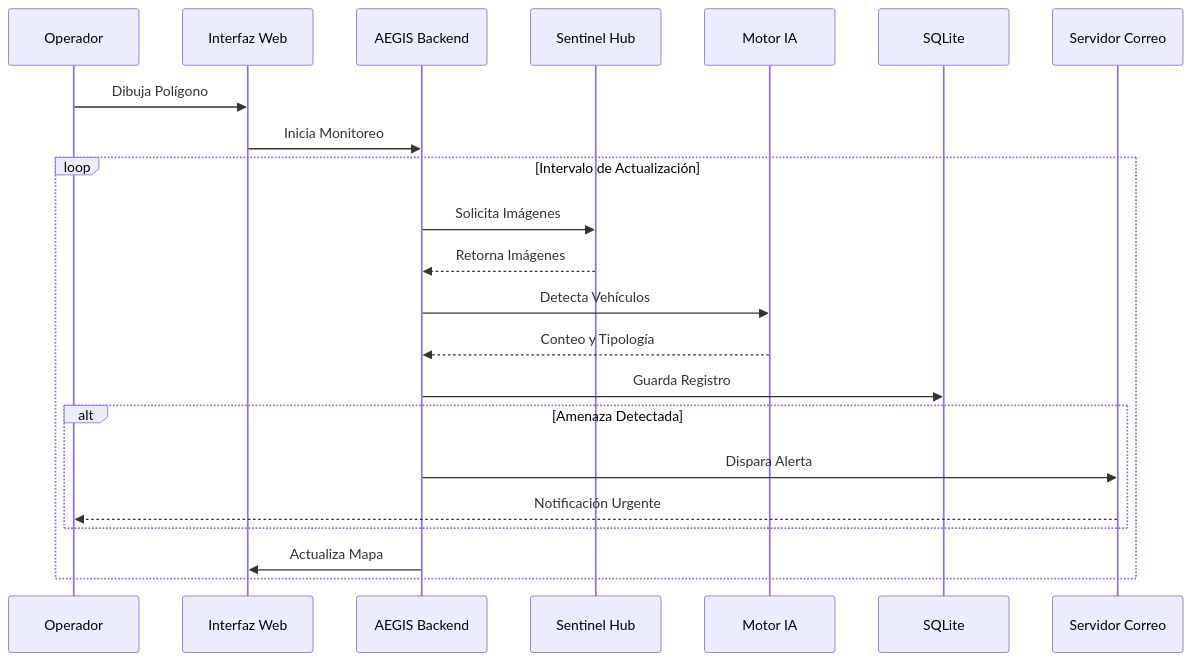
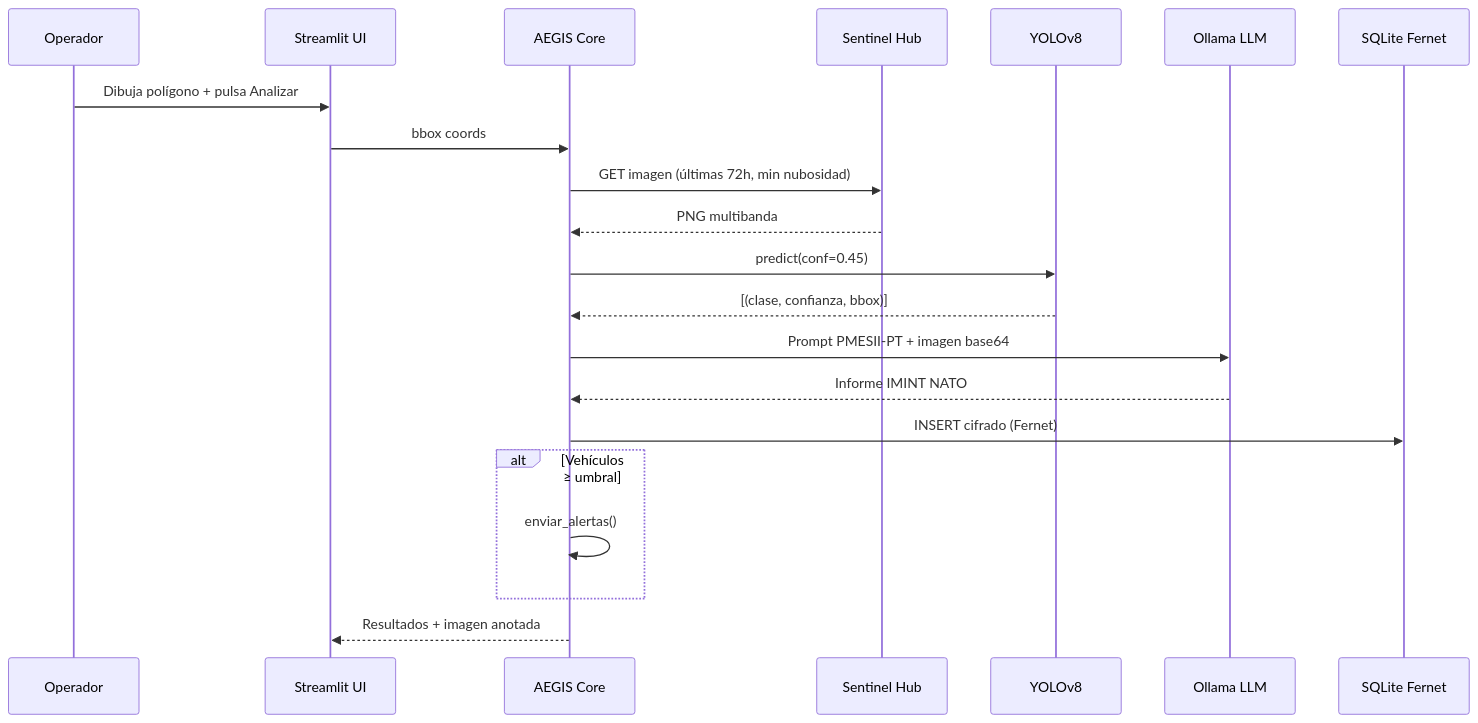
One commit to murdok1982/MonitoreoSatelitalMilitar changed the second of 2 diagrams in README.md. Above: the diagram before and after it, drawn with Mermaid. The commit also changed other lines of this file, not shown here.

Commit message:
docs: rewrite README v2.0 with accurate architecture and fixed install guide

````diff
--- a/README.md
+++ b/README.md
@@ -83,25 +52,24 @@
 ```mermaid
 sequenceDiagram
-    participant O as Operador
-    participant UI as Interfaz Web
-    participant Core as AEGIS Backend
+    participant Op as Operador
+    participant UI as Streamlit UI
+    participant Core as AEGIS Core
     participant SH as Sentinel Hub
-    participant AI as Motor IA
-    participant DB as SQLite
-    participant Mail as Servidor Correo
+    participant YOLO as YOLOv8
+    participant LLM as Ollama LLM
+    participant DB as SQLite Fernet
 
-    O->>UI: Dibuja Polígono
-    UI->>Core: Inicia Monitoreo
-    loop Intervalo de Actualización
-        Core->>SH: Solicita Imágenes
-        SH-->>Core: Retorna Imágenes
-        Core->>AI: Detecta Vehículos
-        AI-->>Core: Conteo y Tipología
-        Core->>DB: Guarda Registro
-        alt Amenaza Detectada
-            Core->>Mail: Dispara Alerta
-            Mail-->>O: Notificación Urgente
-        end
-        Core->>UI: Actualiza Mapa
+    Op->>UI: Dibuja polígono + pulsa Analizar
+    UI->>Core: bbox coords
+    Core->>SH: GET imagen (últimas 72h, min nubosidad)
+    SH-->>Core: PNG multibanda
+    Core->>YOLO: predict(conf=0.45)
+    YOLO-->>Core: [(clase, confianza, bbox)]
+    Core->>LLM: Prompt PMESII-PT + imagen base64
+    LLM-->>Core: Informe IMINT NATO
+    Core->>DB: INSERT cifrado (Fernet)
+    alt Vehículos ≥ umbral
+        Core->>Core: enviar_alertas()
     end
+    Core-->>UI: Resultados + imagen anotada
 ```
````
